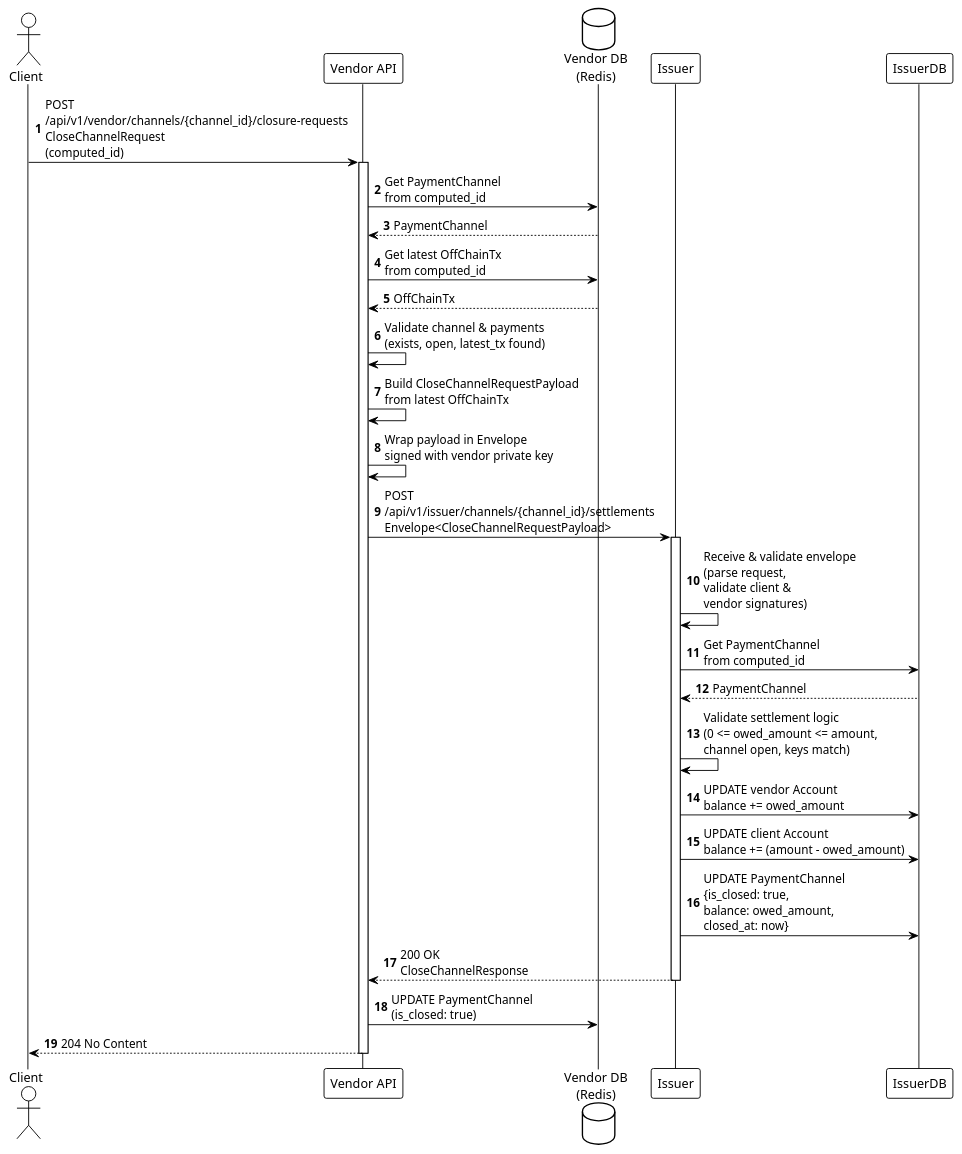
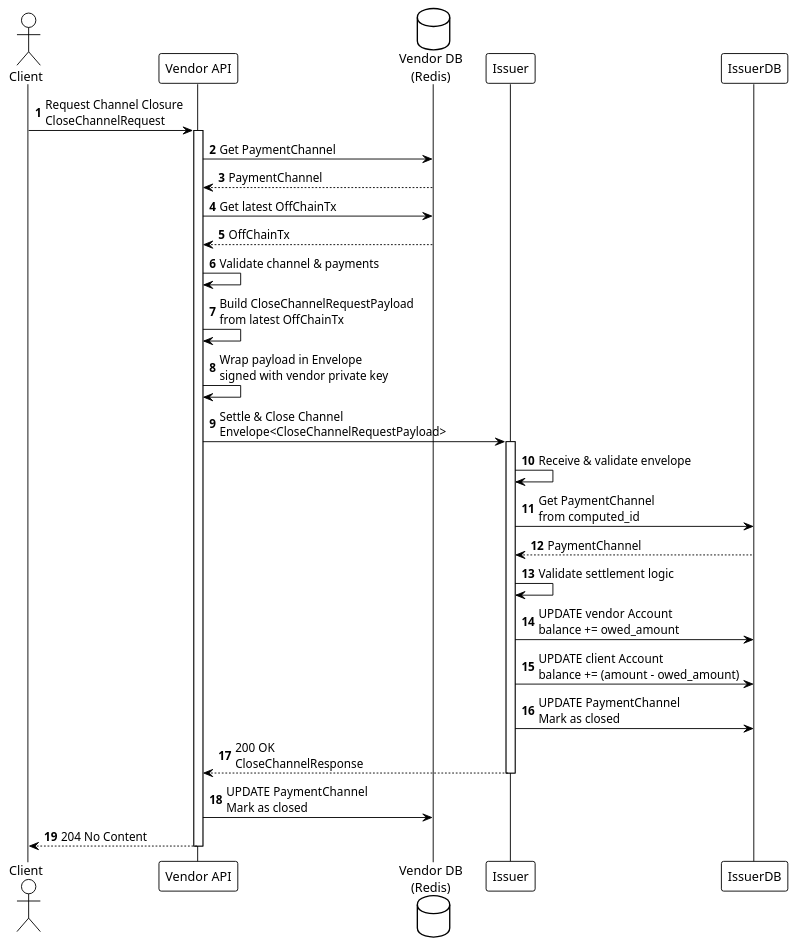
The diagram in umls/phase3-closure-initiation.puml (otaviootavio/nanomoni), drawn with PlantUML before and after one commit. The commit also changed 6 other files, not shown here.

Commit message:
update uml

```diff
--- a/umls/phase3-closure-initiation.puml
+++ b/umls/phase3-closure-initiation.puml
@@ -1,45 +1,45 @@
 @startuml Phase3a_Closure_Initiation
 
 !theme plain
 autonumber
 
 actor "Client" as Client
 participant "Vendor API" as Vendor
 database "Vendor DB\n(Redis)" as VendorDB
 
-Client -> Vendor: POST \n/api/v1/vendor/channels/{channel_id}/closure-requests\nCloseChannelRequest\n(computed_id)
+Client -> Vendor: Request Channel Closure\nCloseChannelRequest
 activate Vendor
 
-Vendor -> VendorDB: Get PaymentChannel \nfrom computed_id
+Vendor -> VendorDB: Get PaymentChannel
 VendorDB --> Vendor: PaymentChannel
 
-Vendor -> VendorDB: Get latest OffChainTx \nfrom computed_id
+Vendor -> VendorDB: Get latest OffChainTx
 VendorDB --> Vendor: OffChainTx
 
-Vendor -> Vendor: Validate channel & payments\n(exists, open, latest_tx found)
+Vendor -> Vendor: Validate channel & payments
 
 Vendor -> Vendor: Build CloseChannelRequestPayload\nfrom latest OffChainTx
 Vendor -> Vendor: Wrap payload in Envelope\nsigned with vendor private key
 
-Vendor -> Issuer: POST \n/api/v1/issuer/channels/{channel_id}/settlements\nEnvelope<CloseChannelRequestPayload>
+Vendor -> Issuer: Settle & Close Channel\nEnvelope<CloseChannelRequestPayload>
 activate Issuer
 
-Issuer -> Issuer: Receive & validate envelope\n(parse request, \nvalidate client & \nvendor signatures)
+Issuer -> Issuer: Receive & validate envelope
 
 Issuer -> IssuerDB: Get PaymentChannel \nfrom computed_id
 IssuerDB --> Issuer: PaymentChannel
 
-Issuer -> Issuer: Validate settlement logic\n(0 <= owed_amount <= amount, \nchannel open, keys match)
+Issuer -> Issuer: Validate settlement logic
 
 Issuer -> IssuerDB: UPDATE vendor Account\nbalance += owed_amount
 Issuer -> IssuerDB: UPDATE client Account\nbalance += (amount - owed_amount)
-Issuer -> IssuerDB: UPDATE PaymentChannel\n{is_closed: true, \nbalance: owed_amount, \nclosed_at: now}
+Issuer -> IssuerDB: UPDATE PaymentChannel\nMark as closed
 
 Issuer --> Vendor: 200 OK\nCloseChannelResponse
 deactivate Issuer
 
-Vendor -> VendorDB: UPDATE PaymentChannel\n(is_closed: true)
+Vendor -> VendorDB: UPDATE PaymentChannel\nMark as closed
 Vendor --> Client: 204 No Content
 deactivate Vendor
 
 @enduml
```
